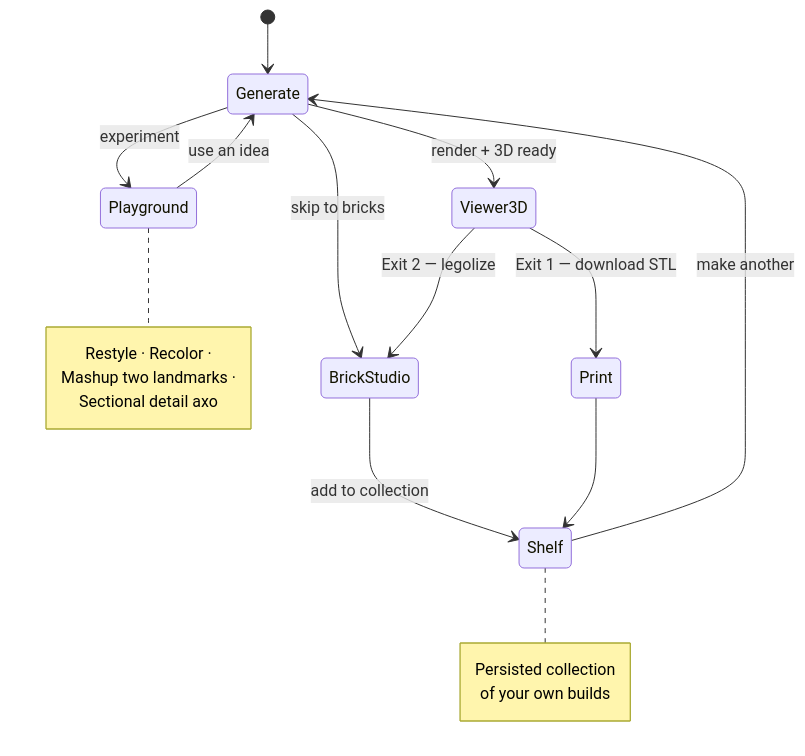
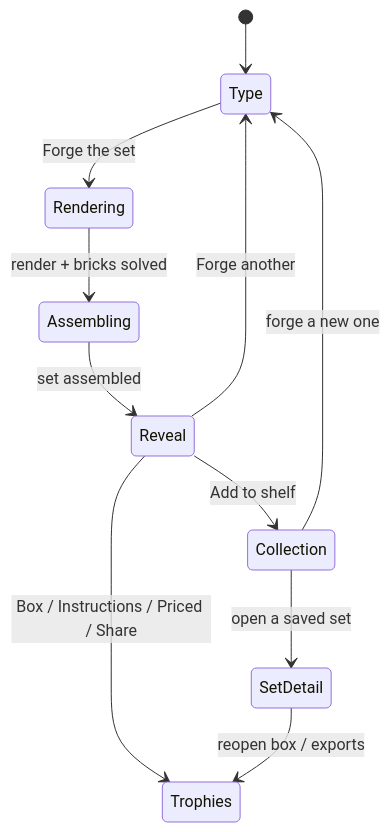
One commit to hi-em/genai-legoarch changed the fourth of 4 diagrams in docs/architecture.md. Above: the diagram before and after it, drawn with Mermaid. The commit also changed other lines of this file and 31 other files, not shown here.

````diff
--- a/docs/architecture.md
+++ b/docs/architecture.md
@@ -120,23 +118,13 @@
 ```mermaid
 stateDiagram-v2
-    [*] --> Generate
-    Generate --> Viewer3D: render + 3D ready
-    Generate --> BrickStudio: skip to bricks
-    Viewer3D --> Print: Exit 1 — download STL
-    Viewer3D --> BrickStudio: Exit 2 — legolize
-    BrickStudio --> Shelf: add to collection
-    Print --> Shelf
-    Shelf --> Generate: make another
-    Generate --> Playground: experiment
-    Playground --> Generate: use an idea
-
-    note right of Playground
-      Restyle · Recolor ·
-      Mashup two landmarks ·
-      Sectional detail axo
-    end note
-    note right of Shelf
-      Persisted collection
-      of your own builds
-    end note
+    [*] --> Type
+    Type --> Rendering: Forge the set
+    Rendering --> Assembling: render + bricks solved
+    Assembling --> Reveal: set assembled
+    Reveal --> Trophies: Box / Instructions / Priced / Share
+    Reveal --> Collection: Add to shelf
+    Reveal --> Type: Forge another
+    Collection --> SetDetail: open a saved set
+    SetDetail --> Trophies: reopen box / exports
+    Collection --> Type: forge a new one
 ```
````
